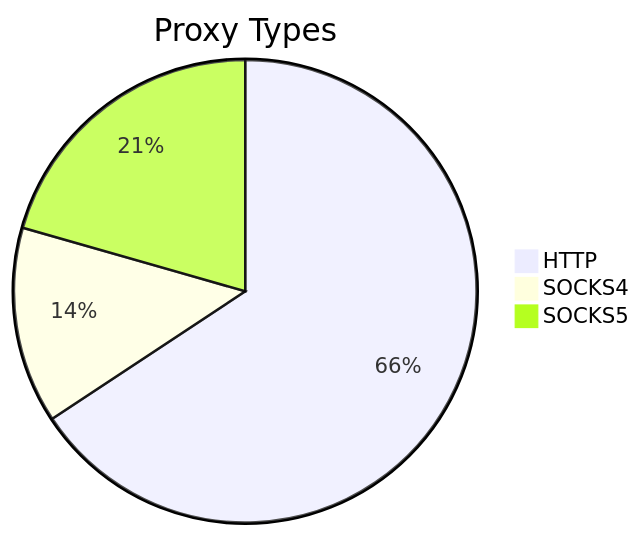
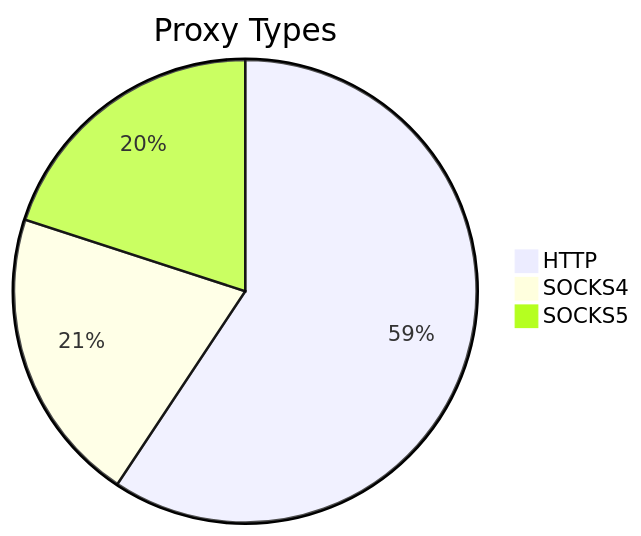
The first of 2 diagrams in README.md (stormsia/proxy-list), drawn with Mermaid before and after one commit. The commit also changed other lines of this file, not shown here.

````diff
--- a/README.md
+++ b/README.md
@@ -21,6 +21,6 @@
 ```mermaid
 pie title Proxy Types
-    "HTTP" : 297
-    "SOCKS4" : 62
-    "SOCKS5" : 93
+    "HTTP" : 347
+    "SOCKS4" : 121
+    "SOCKS5" : 117
 ```
````
